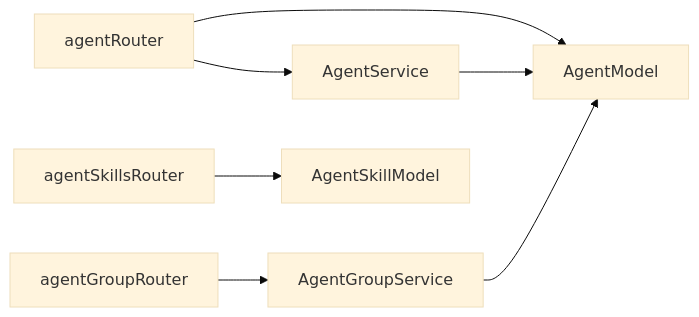
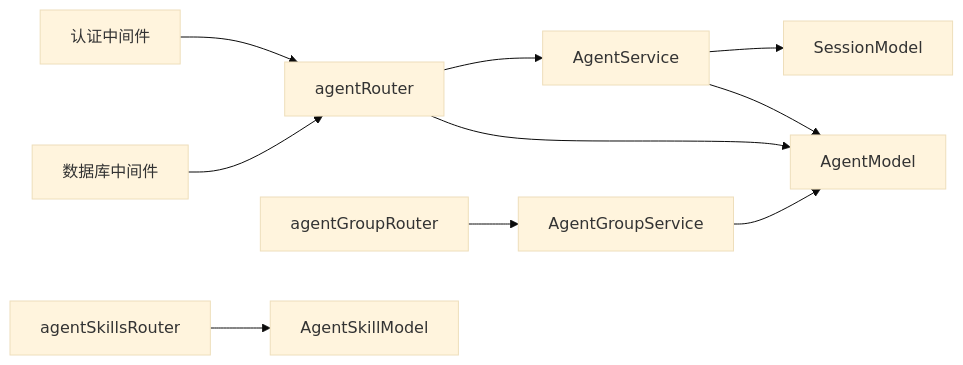
One commit to AvatoLabs/avato changed the seventh of 7 diagrams in .qoder/repowiki/zh/content/API 接口文档/tRPC 接口规范/Lambda 路由模块/Agent 路由模块.md. Above: the diagram before and after it, drawn with Mermaid (base theme). The commit also changed other lines of this file and 158 other files, not shown here.

````diff
--- a/.qoder/repowiki/zh/content/API 接口文档/tRPC 接口规范/Lambda 路由模块/Agent 路由模块.md
+++ b/.qoder/repowiki/zh/content/API 接口文档/tRPC 接口规范/Lambda 路由模块/Agent 路由模块.md
@@ -346,9 +371,12 @@
 ```mermaid
 graph LR
 R1["agentRouter"] --> S1["AgentService"]
 R2["agentGroupRouter"] --> S2["AgentGroupService"]
 R1 --> M1["AgentModel"]
 R3["agentSkillsRouter"] --> M2["AgentSkillModel"]
+S1 --> M3["SessionModel"]
 S1 --> M1
 S2 --> M1
+W1["认证中间件"] --> R1
+W2["数据库中间件"] --> R1
 ```
````
